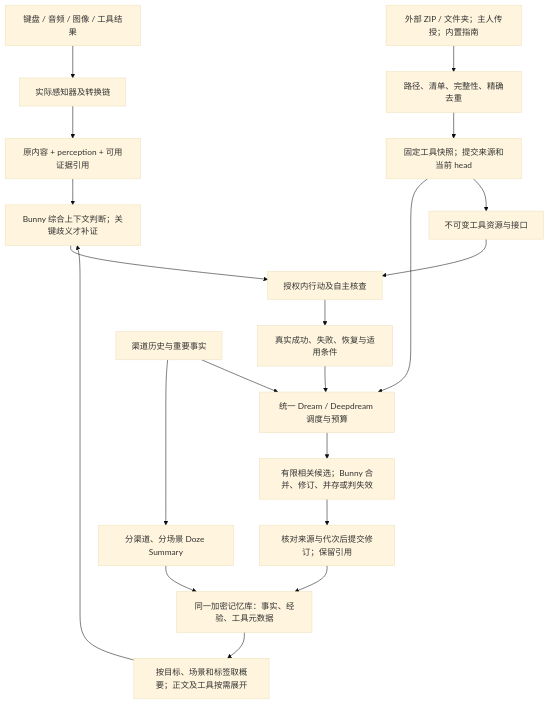
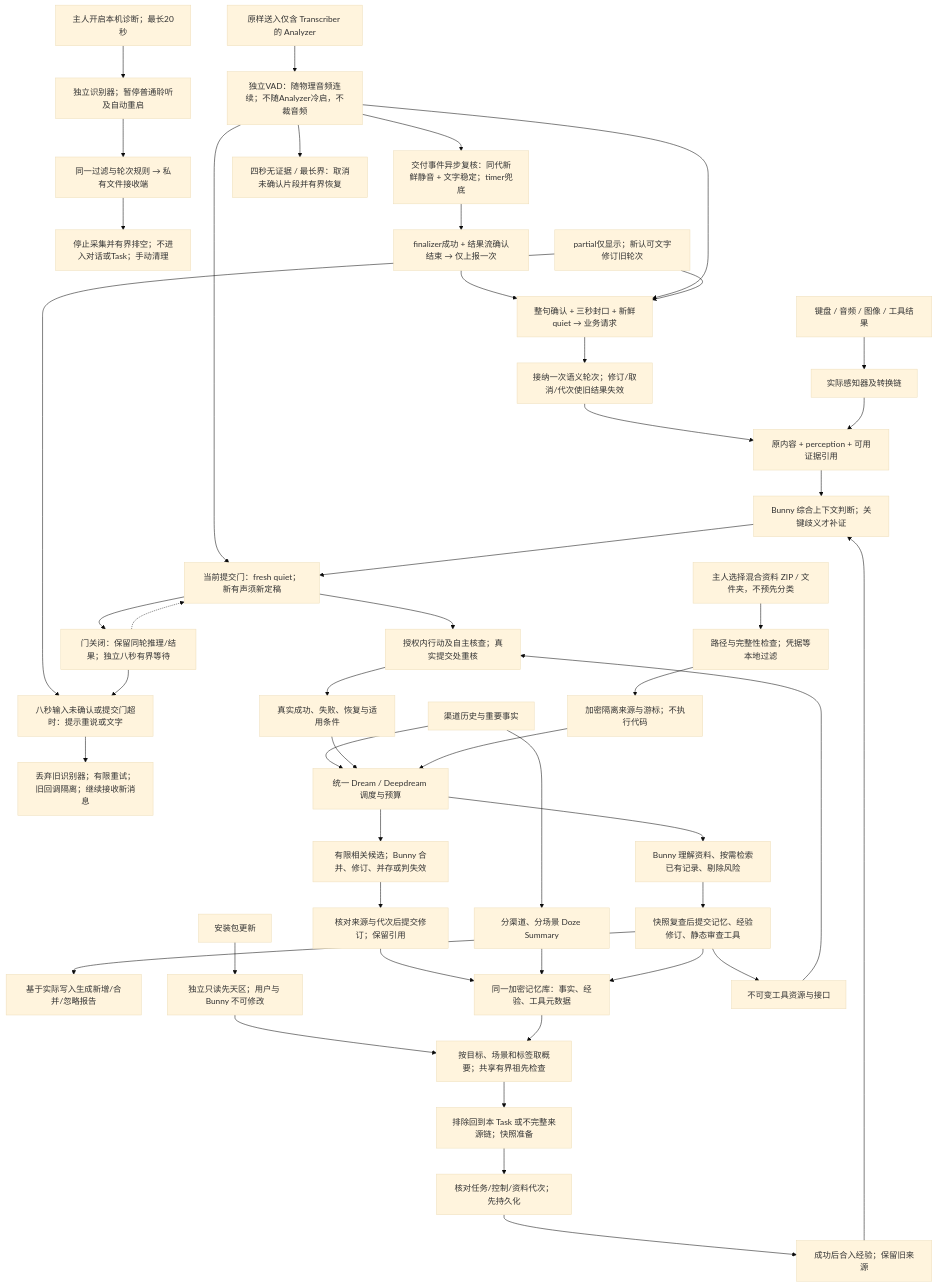
One commit to zhyuzh3d/workbunny changed the ninth of 9 diagrams in docs/flows.md. Above: the diagram before and after it, drawn with Mermaid (base theme). The commit also changed other lines of this file and 276 other files, not shown here.

````diff
--- a/docs/flows.md
+++ b/docs/flows.md
@@ -194,22 +231,50 @@
 ```mermaid
 flowchart TB
     Input["键盘 / 音频 / 图像 / 工具结果"] --> Sensor["实际感知器及转换链"]
+    Diagnostic["主人开启本机诊断；最长20秒"] --> PrivateSensor["独立识别器；暂停普通聆听及自动重启"]
+    PrivateSensor --> PrivateSink["同一过滤与轮次规则 → 私有文件接收端"]
+    PrivateSink --> DiagnosticEnd["停止采集并有界排空；不进入对话或Task；手动清理"]
+    Audio["原样送入仅含 Transcriber 的 Analyzer"] --> VAD["独立VAD：随物理音频连续；不随Analyzer冷启，不裁音频"]
+    VAD --> EndGate["交付事件异步复核：同代新鲜静音 + 文字稳定；timer兜底"]
+    EndGate --> FinalBarrier["finalizer成功 + 结果流确认结束 → 仅上报一次"]
+    FinalBarrier --> TurnGate["整句确认 + 三秒封口 + 新鲜quiet → 业务请求"]
+    VAD --> TurnGate
+    TurnGate --> EntryGate["接纳一次语义轮次；修订/取消/代次使旧结果失效"]
+    Partial["partial仅显示；新认可文字修订旧轮次"] --> TurnGate
+    Partial --> Unconfirmed["八秒输入未确认或提交门超时：提示重说或文字"]
+    VAD --> EffectGate["当前提交门：fresh quiet；新有声须新定稿"]
+    EffectGate --> WaitGate["门关闭：保留同轮推理/结果；独立八秒有界等待"]
+    WaitGate -.-> EffectGate
+    WaitGate --> Unconfirmed
+    Unconfirmed --> Rearm["丢弃旧识别器；有限重试；旧回调隔离；继续接收新消息"]
+    EntryGate --> Observation
+    VAD --> VoiceFault["四秒无证据 / 最长界：取消未确认片段并有界恢复"]
     Sensor --> Observation["原内容 + perception + 可用证据引用"]
     Observation --> Think["Bunny 综合上下文判断；关键歧义才补证"]
-    Think --> Act["授权内行动及自主核查"]
+    Think --> EffectGate
+    EffectGate --> Act["授权内行动及自主核查；真实提交处重核"]
     Act --> Outcome["真实成功、失败、恢复与适用条件"]
     Dialogue["渠道历史与重要事实"] --> Doze["分渠道、分场景 Doze Summary"]
     Dialogue --> Dream["统一 Dream / Deepdream 调度与预算"]
     Outcome --> Dream
-    Pack["外部 ZIP / 文件夹；主人传授；内置指南"] --> Validate["路径、清单、完整性、精确去重"]
-    Validate --> Stage["固定工具快照；提交来源和当前 head"]
-    Stage --> Dream
+    Pack["主人选择混合资料 ZIP / 文件夹，不预先分类"] --> Validate["路径与完整性检查；凭据等本地过滤"]
+    Validate --> Source["加密隔离来源与游标；不执行代码"]
+    Source --> Dream
+    Dream --> Absorb["Bunny 理解资料、按需检索已有记录、剔除风险"]
+    Absorb --> Stage["快照复查后提交记忆、经验修订、静态审查工具"]
+    Stage --> ImportReport["基于实际写入生成新增/合并/忽略报告"]
+    Bundle["安装包更新"] --> Innate["独立只读先天区；用户与 Bunny 不可修改"]
+    Innate --> Retrieve
     Dream --> Related["有限相关候选；Bunny 合并、修订、并存或判失效"]
     Related --> Commit["核对来源与代次后提交修订；保留引用"]
     Commit --> Repo["同一加密记忆库：事实、经验、工具元数据"]
     Doze --> Repo
-    Repo --> Retrieve["按目标、场景和标签取概要；正文及工具按需展开"]
-    Retrieve --> Think
+    Repo --> Retrieve["按目标、场景和标签取概要；共享有界祖先检查"]
+    Retrieve --> Prepare["排除回到本 Task 或不完整来源链；快照准备"]
+    Prepare --> SavePolicy["核对任务/控制/资料代次；先持久化"]
+    SavePolicy --> AdoptPolicy["成功后合入经验；保留旧来源"]
+    AdoptPolicy --> Think
     Tools["不可变工具资源与接口"] --> Act
     Stage --> Tools
+    Stage --> Repo
 ```
````
